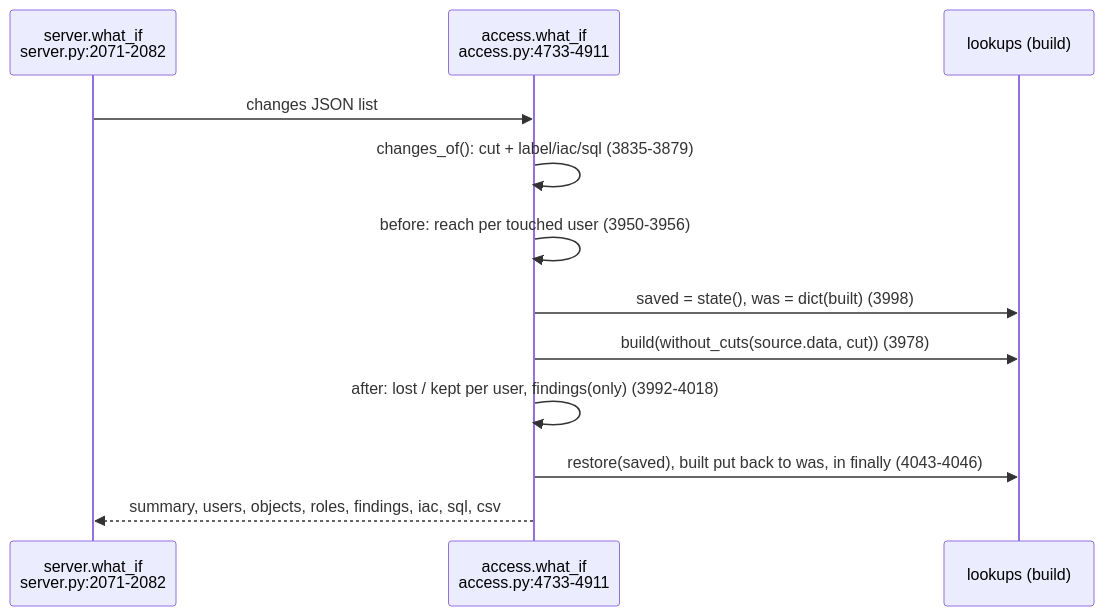
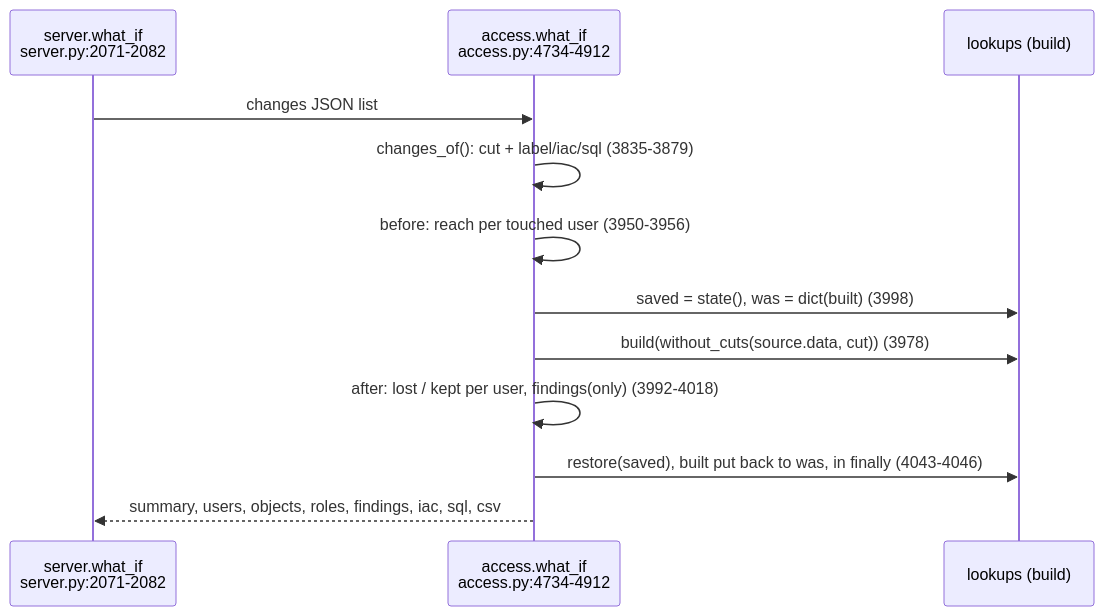
The diagram in snowflake-access-explorer-knowledge-graph/logic/what-if.md (darshanmeel/snowflake-access-explorer), drawn with Mermaid before and after one commit. The commit also changed other lines of this file and 55 other files, not shown here.

Commit message:
Docs and knowledge graph: background refresh, saved reads, DuckDB rule walk, kept rule results; graph line refs re-synced

````diff
--- a/snowflake-access-explorer-knowledge-graph/logic/what-if.md
+++ b/snowflake-access-explorer-knowledge-graph/logic/what-if.md
@@ -6,14 +6,14 @@
 ```mermaid
 sequenceDiagram
   participant S as server.what_if<br/>server.py:2071-2082
-  participant W as access.what_if<br/>access.py:4733-4911
+  participant W as access.what_if<br/>access.py:4734-4912
   participant L as lookups (build)
   S->>W: changes JSON list
   W->>W: changes_of(): cut + label/iac/sql (3835-3879)
   W->>W: before: reach per touched user (3950-3956)
   W->>L: saved = state(), was = dict(built) (3998)
   W->>L: build(without_cuts(source.data, cut)) (3978)
   W->>W: after: lost / kept per user, findings(only) (3992-4018)
   W->>L: restore(saved), built put back to was, in finally (4043-4046)
   W-->>S: summary, users, objects, roles, findings, iac, sql, csv
 ```
````
